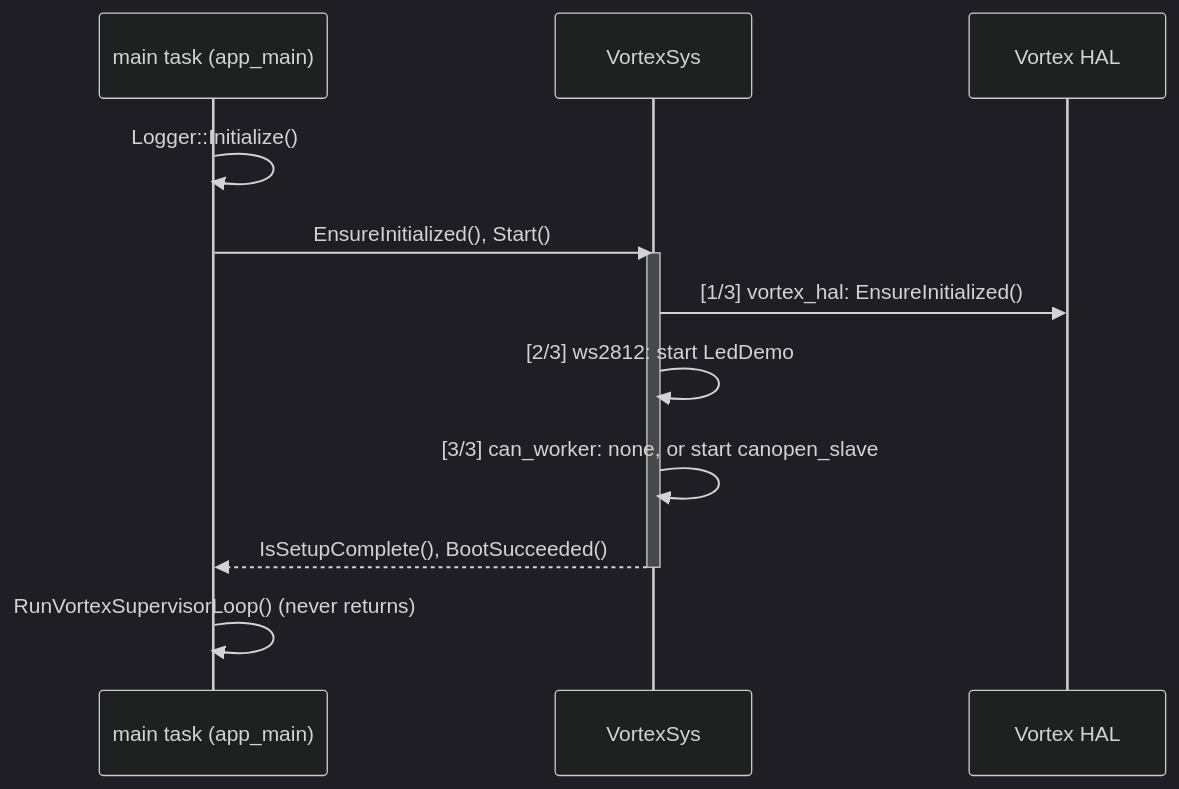
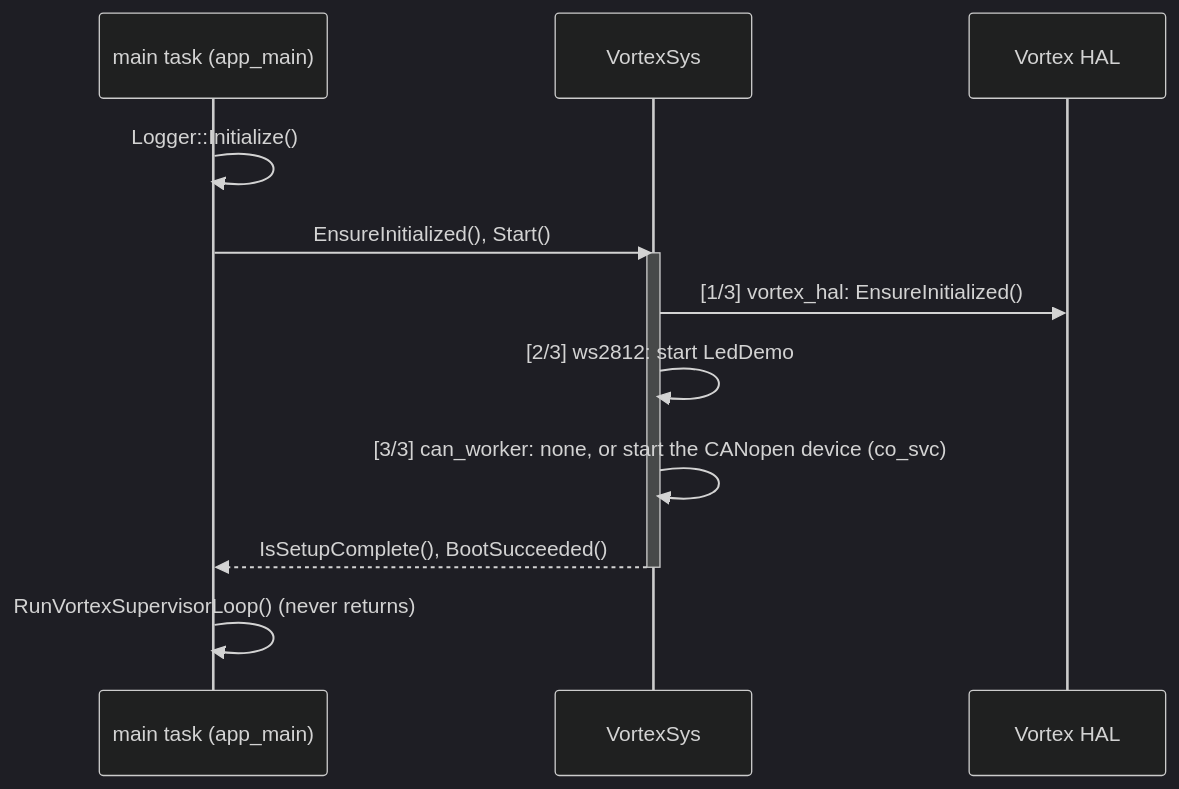
One commit to hardfoc/hardfoc-vortex-v1 changed the diagram in docs/boot-and-ota.md. Above: the diagram before and after it, drawn with Mermaid (dark theme). The commit also changed 50 other files, not shown here.

````diff
--- a/docs/boot-and-ota.md
+++ b/docs/boot-and-ota.md
@@ -7,15 +7,15 @@
 ```mermaid
 sequenceDiagram
   participant M as main task (app_main)
   participant O as VortexSys
   participant H as Vortex HAL
   M->>M: Logger::Initialize()
   M->>O: EnsureInitialized(), Start()
   activate O
   O->>H: [1/3] vortex_hal: EnsureInitialized()
   O->>O: [2/3] ws2812: start LedDemo
-  O->>O: [3/3] can_worker: none, or start canopen_slave
+  O->>O: [3/3] can_worker: none, or start the CANopen device (co_svc)
   O-->>M: IsSetupComplete(), BootSucceeded()
   deactivate O
   M->>M: RunVortexSupervisorLoop() (never returns)
 ```
````
